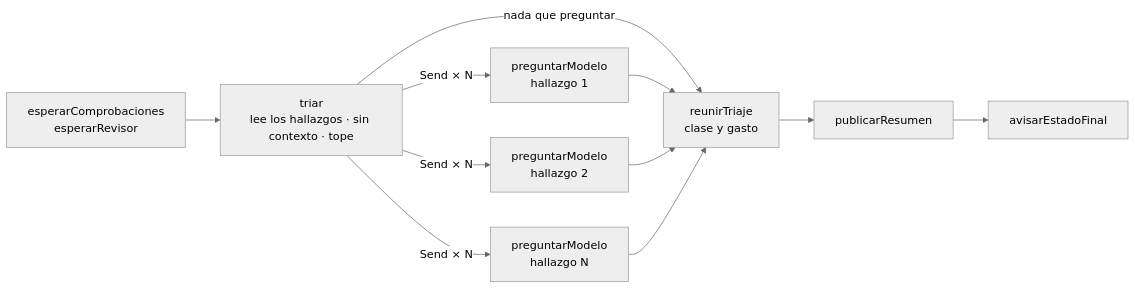
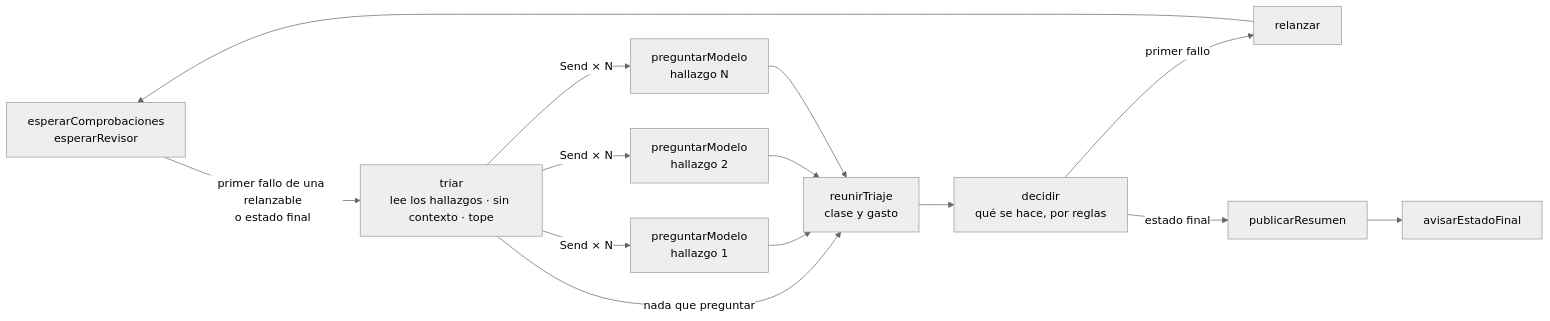
One commit to 7daysofrain/mood-table-v2 changed the second of 4 diagrams in readme.md. Above: the diagram before and after it, drawn with Mermaid (neutral theme). The commit also changed other lines of this file and 2 other files, not shown here.

First line of the commit message:
docs: contar en el README y en prompts.md el triaje del primer fallo y el nodo decidir

````diff
--- a/readme.md
+++ b/readme.md
@@ -454,12 +454,14 @@
 ```mermaid
 flowchart LR
-  espera["esperarComprobaciones<br/>esperarRevisor"] --> triar["triar<br/>lee los hallazgos · sin contexto · tope"]
+  espera["esperarComprobaciones<br/>esperarRevisor"] -- "primer fallo de una relanzable<br/>o estado final" --> triar["triar<br/>lee los hallazgos · sin contexto · tope"]
   triar -- "Send × N" --> p1["preguntarModelo<br/>hallazgo 1"]
   triar -- "Send × N" --> p2["preguntarModelo<br/>hallazgo 2"]
   triar -- "Send × N" --> p3["preguntarModelo<br/>hallazgo N"]
   triar -- "nada que preguntar" --> reunir
   p1 --> reunir["reunirTriaje<br/>clase y gasto"]
   p2 --> reunir
   p3 --> reunir
-  reunir --> resumen["publicarResumen"] --> aviso["avisarEstadoFinal"]
+  reunir --> decidir["decidir<br/>qué se hace, por reglas"]
+  decidir -- "primer fallo" --> relanzar["relanzar"] --> espera
+  decidir -- "estado final" --> resumen["publicarResumen"] --> aviso["avisarEstadoFinal"]
 ```
````
